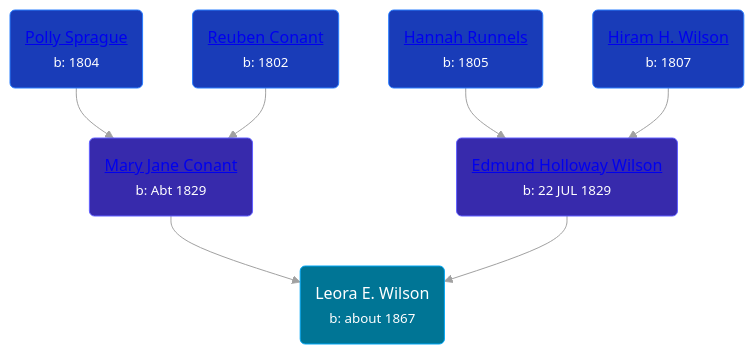
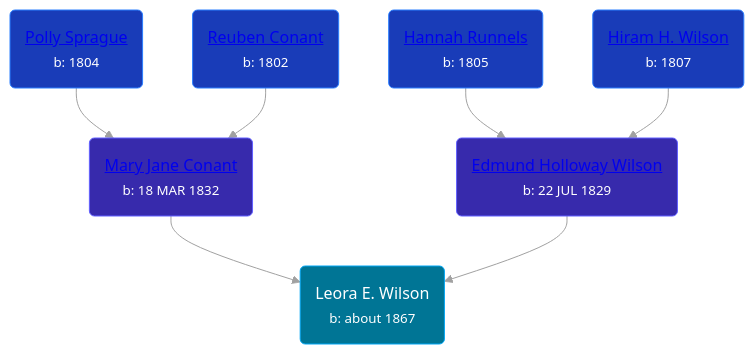
Before and after one commit to wpmgotkh/wpmgotkh.github.io: the diagram in pages/people/2/22233872.md, drawn with Mermaid (neutral theme). The commit also changed 257 other files, not shown here.

````diff
--- a/pages/people/2/22233872.md
+++ b/pages/people/2/22233872.md
@@ -11,14 +11,14 @@
 ```mermaid
 graph
 classDef grands fill:#193cb8,stroke:#2b7fff,stroke-width:1px,color:#fff;
 classDef parents fill:#372aac,stroke:#615fff,stroke-width:1px,color:#fff;
 classDef primary fill:#007595,stroke:#00a6f4,stroke-width:1px,color:#fff;
 22233872(Leora E. Wilson<br /><small>b: about 1867</small>):::primary
-27722232(<a class="text-white" href="/people/2/27722232">Mary Jane Conant</a><br /><small>b: Abt 1829</small>):::parents-->22233872
+27722232(<a class="text-white" href="/people/2/27722232">Mary Jane Conant</a><br /><small>b: 18 MAR 1832</small>):::parents-->22233872
 53927626(<a class="text-white" href="/people/5/53927626">Polly Sprague</a><br /><small>b: 1804</small>):::grands-->27722232
 72221832(<a class="text-white" href="/people/7/72221832">Reuben Conant</a><br /><small>b: 1802</small>):::grands-->27722232
 67777324(<a class="text-white" href="/people/6/67777324">Edmund Holloway Wilson</a><br /><small>b: 22 JUL 1829</small>):::parents-->22233872
 9135776(<a class="text-white" href="/people/9/9135776">Hannah Runnels</a><br /><small>b: 1805</small>):::grands-->67777324
 82044077(<a class="text-white" href="/people/8/82044077">Hiram H. Wilson</a><br /><small>b: 1807</small>):::grands-->67777324
 linkStyle default stroke:#a1a1a1
 ```
````
